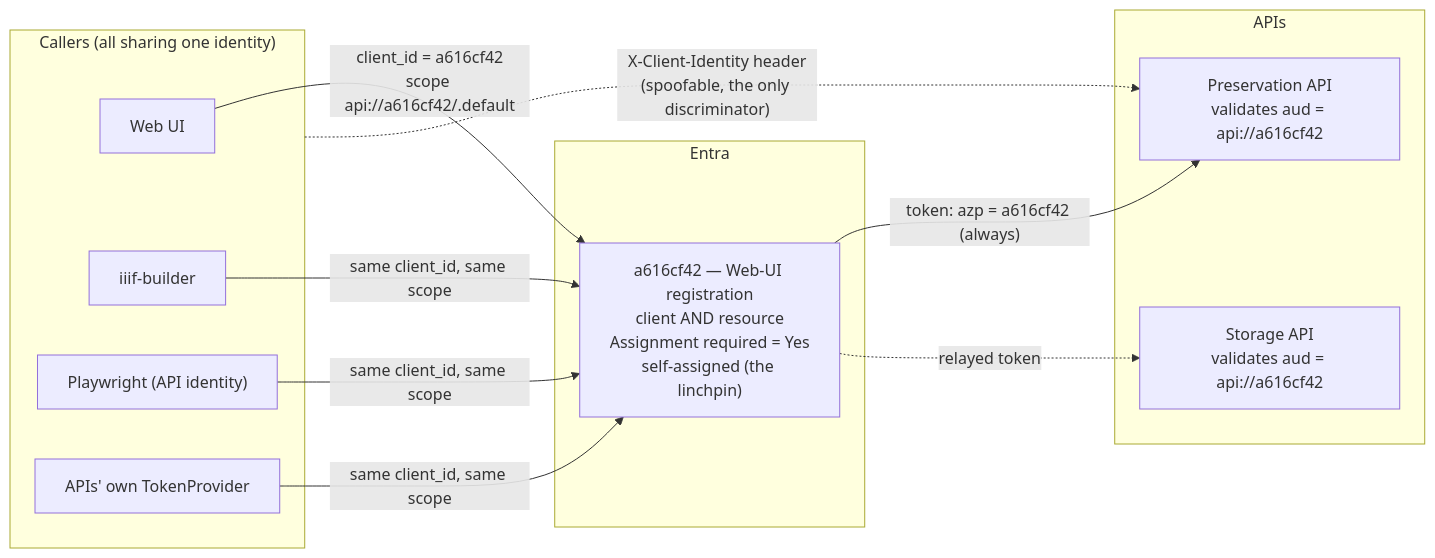
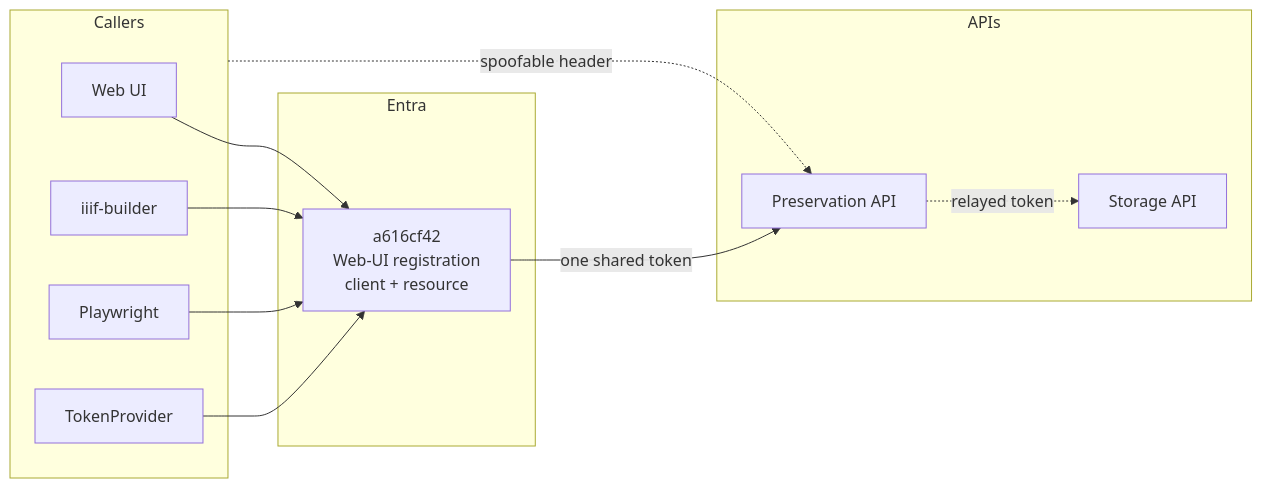
The first of 3 diagrams in docs/rfc-0001-lpii166-comparison.md (digirati-co-uk/digital-preservation), drawn with Mermaid before and after one commit. The commit also changed other lines of this file, not shown here.

First line of the commit message:
docs: fix truncated mermaid labels in the comparison diagrams

````diff
--- a/docs/rfc-0001-lpii166-comparison.md
+++ b/docs/rfc-0001-lpii166-comparison.md
@@ -28,26 +28,26 @@
 ```mermaid
 flowchart LR
-    subgraph callers ["Callers (all sharing one identity)"]
+    subgraph CALLERS ["Callers"]
         UI["Web UI"]
         IIIF["iiif-builder"]
-        PW["Playwright (API identity)"]
-        SVC["APIs' own TokenProvider"]
+        PW["Playwright"]
+        SVC["TokenProvider"]
     end
 
-    subgraph entra ["Entra"]
-        A616["a616cf42 — Web-UI registration<br/>client AND resource<br/>Assignment required = Yes<br/>self-assigned (the linchpin)"]
+    subgraph ENTRA ["Entra"]
+        A616["a616cf42<br/>Web-UI registration<br/>client + resource"]
     end
 
-    subgraph apis ["APIs"]
-        PRES["Preservation API<br/>validates aud = api://a616cf42"]
-        STOR["Storage API<br/>validates aud = api://a616cf42"]
+    subgraph APIS ["APIs"]
+        PRES["Preservation API"]
+        STOR["Storage API"]
     end
 
-    UI -->|"client_id = a616cf42<br/>scope api://a616cf42/.default"| A616
-    IIIF -->|"same client_id, same scope"| A616
-    PW -->|"same client_id, same scope"| A616
-    SVC -->|"same client_id, same scope"| A616
-    A616 -->|"token: azp = a616cf42 (always)"| PRES
-    A616 -.->|"relayed token"| STOR
-    callers -.->|"X-Client-Identity header<br/>(spoofable, the only discriminator)"| PRES
+    UI --> A616
+    IIIF --> A616
+    PW --> A616
+    SVC --> A616
+    A616 -->|"one shared token"| PRES
+    PRES -.->|"relayed token"| STOR
+    CALLERS -.->|"spoofable header"| PRES
 ```
````
